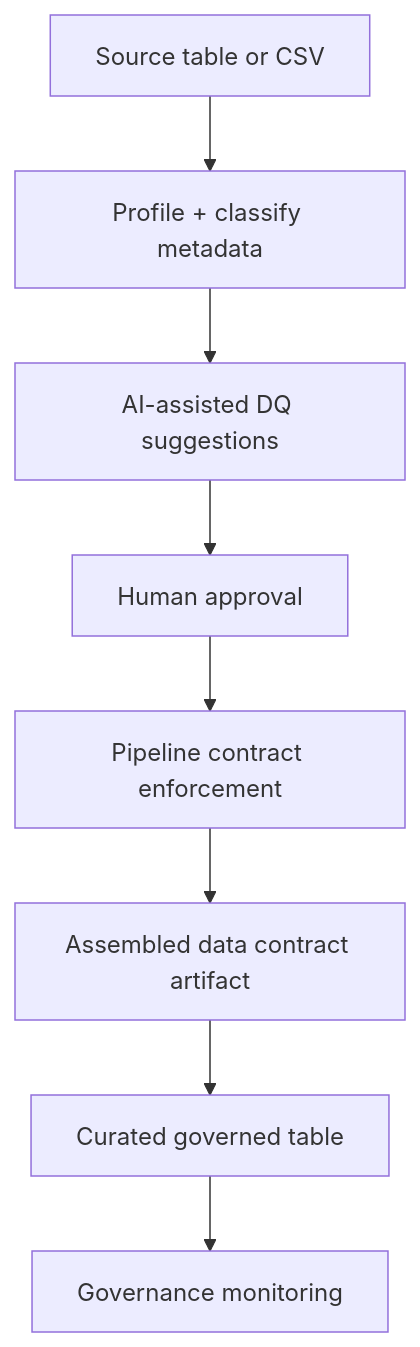
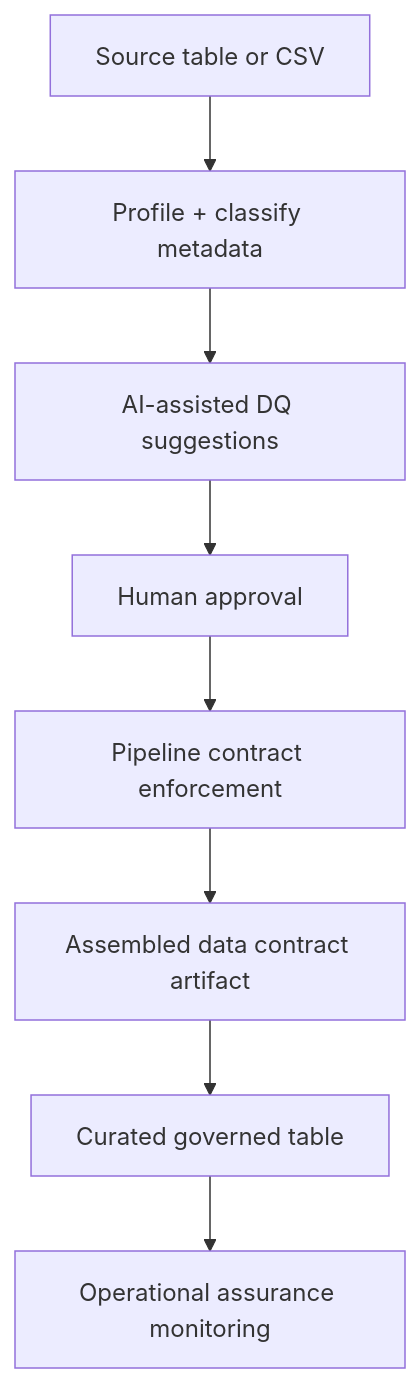
One commit to Voycepeh/FabricOps-Starter-Kit changed the third of 6 diagrams in docs/quick-start.md. Above: the diagram before and after it, drawn with Mermaid. The commit also changed other lines of this file, not shown here.

````diff
--- a/docs/quick-start.md
+++ b/docs/quick-start.md
@@ -11,10 +33,10 @@
 ```mermaid
 flowchart TD
     A[Source table or CSV] --> B[Profile + classify metadata]
     B --> C[AI-assisted DQ suggestions]
     C --> D[Human approval]
     D --> E[Pipeline contract enforcement]
     E --> F[Assembled data contract artifact]
     F --> G[Curated governed table]
-    G --> H[Governance monitoring]
+    G --> H[Operational assurance monitoring]
 ```
````
